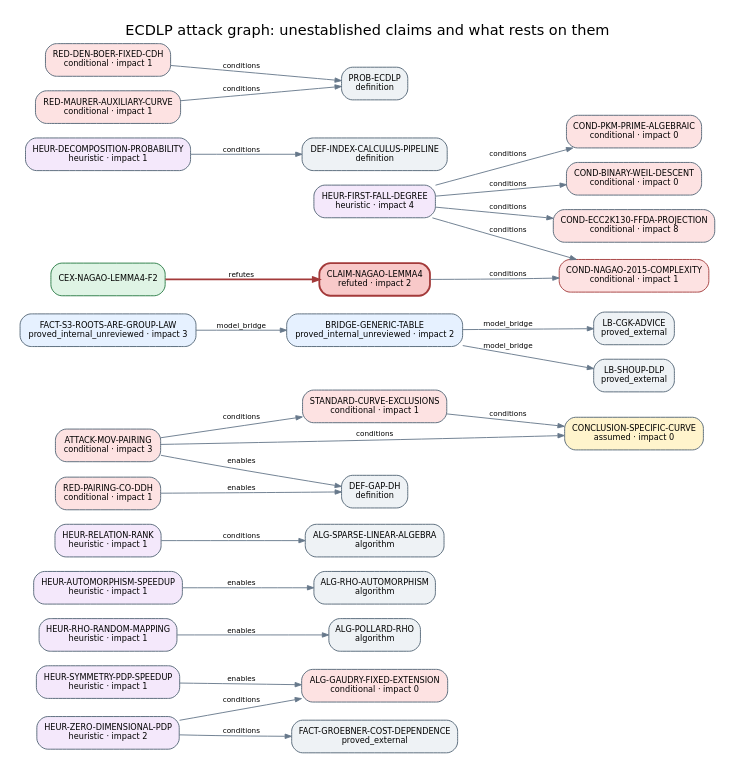
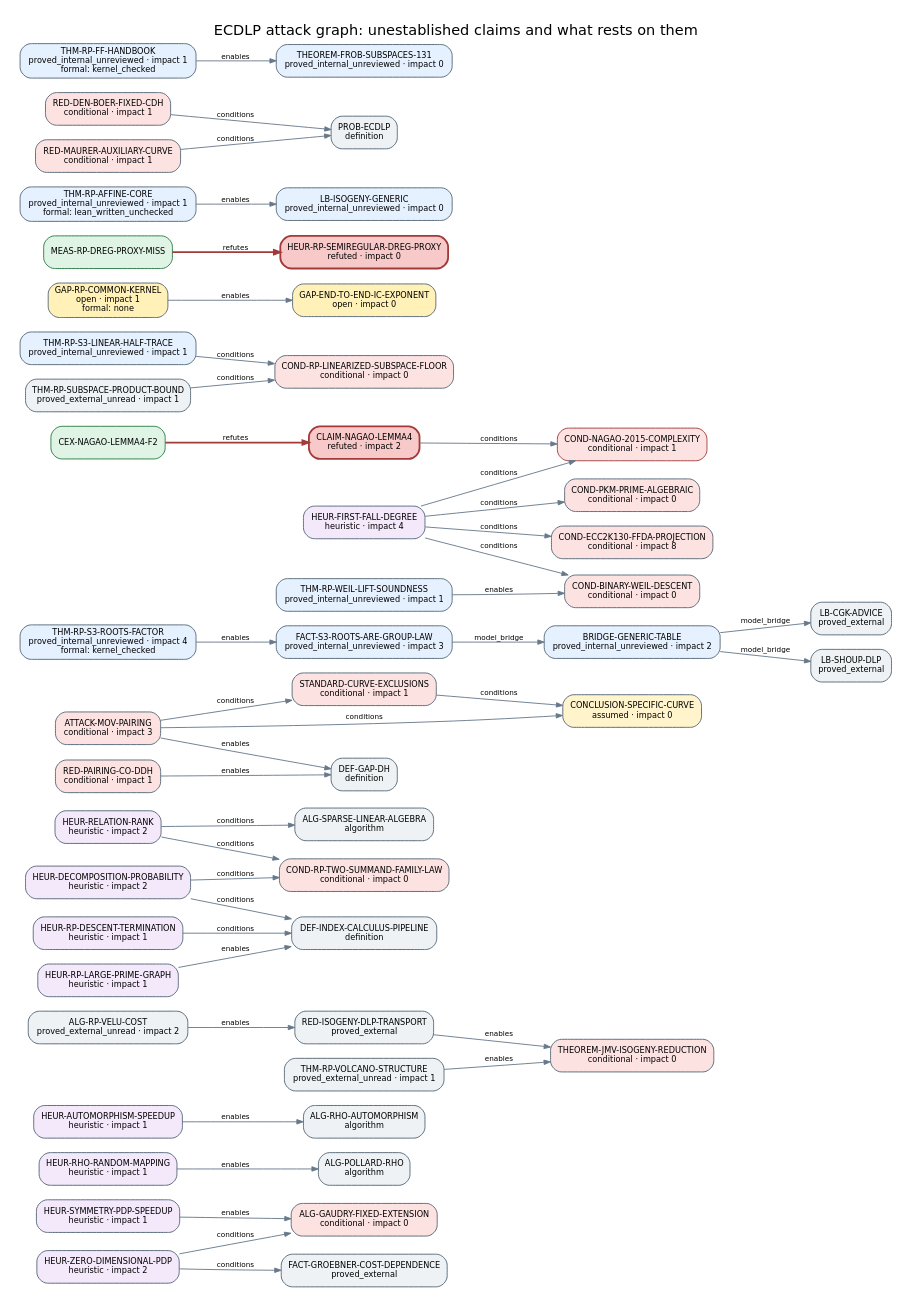
The diagram in docs/ecdlp-hardness-corpus/attack-graph.dot (isogeny-labs/crypto), drawn with Graphviz before and after one commit. The commit also changed 18 other files, not shown here.

```diff
--- a/docs/ecdlp-hardness-corpus/attack-graph.dot
+++ b/docs/ecdlp-hardness-corpus/attack-graph.dot
@@ -1,59 +1,94 @@
 digraph attack_graph {
   graph [rankdir=LR, bgcolor="white", pad=0.2, nodesep=0.22, ranksep=0.6, fontname="DejaVu Sans", fontsize=16, labelloc=t, label="ECDLP attack graph: unestablished claims and what rests on them"];
   node [shape=box, style="rounded,filled", fontname="DejaVu Sans", fontsize=9];
   edge [fontname="DejaVu Sans", fontsize=8, color="#66788a", arrowsize=0.7];
   "ALG-GAUDRY-FIXED-EXTENSION" [label="ALG-GAUDRY-FIXED-EXTENSION\nconditional · impact 0", fillcolor="#fde2e2", color="#526575"];
   "ALG-POLLARD-RHO" [label="ALG-POLLARD-RHO\nalgorithm", fillcolor="#eef2f5", color="#526575"];
   "ALG-RHO-AUTOMORPHISM" [label="ALG-RHO-AUTOMORPHISM\nalgorithm", fillcolor="#eef2f5", color="#526575"];
+  "ALG-RP-VELU-COST" [label="ALG-RP-VELU-COST\nproved_external_unread · impact 2", fillcolor="#eef2f5", color="#526575"];
   "ALG-SPARSE-LINEAR-ALGEBRA" [label="ALG-SPARSE-LINEAR-ALGEBRA\nalgorithm", fillcolor="#eef2f5", color="#526575"];
   "ATTACK-MOV-PAIRING" [label="ATTACK-MOV-PAIRING\nconditional · impact 3", fillcolor="#fde2e2", color="#526575"];
   "BRIDGE-GENERIC-TABLE" [label="BRIDGE-GENERIC-TABLE\nproved_internal_unreviewed · impact 2", fillcolor="#e6f1ff", color="#526575"];
   "CLAIM-NAGAO-LEMMA4" [label="CLAIM-NAGAO-LEMMA4\nrefuted · impact 2", fillcolor="#f8c9c9", color="#a33a3a", penwidth=2];
   "CONCLUSION-SPECIFIC-CURVE" [label="CONCLUSION-SPECIFIC-CURVE\nassumed · impact 0", fillcolor="#fff4cc", color="#526575"];
   "COND-BINARY-WEIL-DESCENT" [label="COND-BINARY-WEIL-DESCENT\nconditional · impact 0", fillcolor="#fde2e2", color="#526575"];
   "COND-ECC2K130-FFDA-PROJECTION" [label="COND-ECC2K130-FFDA-PROJECTION\nconditional · impact 8", fillcolor="#fde2e2", color="#526575"];
   "COND-NAGAO-2015-COMPLEXITY" [label="COND-NAGAO-2015-COMPLEXITY\nconditional · impact 1", fillcolor="#fde2e2", color="#a33a3a"];
   "COND-PKM-PRIME-ALGEBRAIC" [label="COND-PKM-PRIME-ALGEBRAIC\nconditional · impact 0", fillcolor="#fde2e2", color="#526575"];
+  "COND-RP-LINEARIZED-SUBSPACE-FLOOR" [label="COND-RP-LINEARIZED-SUBSPACE-FLOOR\nconditional · impact 0", fillcolor="#fde2e2", color="#526575"];
+  "COND-RP-TWO-SUMMAND-FAMILY-LAW" [label="COND-RP-TWO-SUMMAND-FAMILY-LAW\nconditional · impact 0", fillcolor="#fde2e2", color="#526575"];
   "DEF-GAP-DH" [label="DEF-GAP-DH\ndefinition", fillcolor="#eef2f5", color="#526575"];
   "DEF-INDEX-CALCULUS-PIPELINE" [label="DEF-INDEX-CALCULUS-PIPELINE\ndefinition", fillcolor="#eef2f5", color="#526575"];
   "FACT-GROEBNER-COST-DEPENDENCE" [label="FACT-GROEBNER-COST-DEPENDENCE\nproved_external", fillcolor="#eef2f5", color="#526575"];
   "FACT-S3-ROOTS-ARE-GROUP-LAW" [label="FACT-S3-ROOTS-ARE-GROUP-LAW\nproved_internal_unreviewed · impact 3", fillcolor="#e6f1ff", color="#526575"];
+  "GAP-END-TO-END-IC-EXPONENT" [label="GAP-END-TO-END-IC-EXPONENT\nopen · impact 0", fillcolor="#fff1b8", color="#526575"];
+  "GAP-RP-COMMON-KERNEL" [label="GAP-RP-COMMON-KERNEL\nopen · impact 1\nformal: none", fillcolor="#fff1b8", color="#526575"];
   "HEUR-AUTOMORPHISM-SPEEDUP" [label="HEUR-AUTOMORPHISM-SPEEDUP\nheuristic · impact 1", fillcolor="#f4e8fb", color="#526575"];
-  "HEUR-DECOMPOSITION-PROBABILITY" [label="HEUR-DECOMPOSITION-PROBABILITY\nheuristic · impact 1", fillcolor="#f4e8fb", color="#526575"];
+  "HEUR-DECOMPOSITION-PROBABILITY" [label="HEUR-DECOMPOSITION-PROBABILITY\nheuristic · impact 2", fillcolor="#f4e8fb", color="#526575"];
   "HEUR-FIRST-FALL-DEGREE" [label="HEUR-FIRST-FALL-DEGREE\nheuristic · impact 4", fillcolor="#f4e8fb", color="#526575"];
-  "HEUR-RELATION-RANK" [label="HEUR-RELATION-RANK\nheuristic · impact 1", fillcolor="#f4e8fb", color="#526575"];
+  "HEUR-RELATION-RANK" [label="HEUR-RELATION-RANK\nheuristic · impact 2", fillcolor="#f4e8fb", color="#526575"];
   "HEUR-RHO-RANDOM-MAPPING" [label="HEUR-RHO-RANDOM-MAPPING\nheuristic · impact 1", fillcolor="#f4e8fb", color="#526575"];
+  "HEUR-RP-DESCENT-TERMINATION" [label="HEUR-RP-DESCENT-TERMINATION\nheuristic · impact 1", fillcolor="#f4e8fb", color="#526575"];
+  "HEUR-RP-LARGE-PRIME-GRAPH" [label="HEUR-RP-LARGE-PRIME-GRAPH\nheuristic · impact 1", fillcolor="#f4e8fb", color="#526575"];
+  "HEUR-RP-SEMIREGULAR-DREG-PROXY" [label="HEUR-RP-SEMIREGULAR-DREG-PROXY\nrefuted · impact 0", fillcolor="#f8c9c9", color="#a33a3a", penwidth=2];
   "HEUR-SYMMETRY-PDP-SPEEDUP" [label="HEUR-SYMMETRY-PDP-SPEEDUP\nheuristic · impact 1", fillcolor="#f4e8fb", color="#526575"];
   "HEUR-ZERO-DIMENSIONAL-PDP" [label="HEUR-ZERO-DIMENSIONAL-PDP\nheuristic · impact 2", fillcolor="#f4e8fb", color="#526575"];
   "LB-CGK-ADVICE" [label="LB-CGK-ADVICE\nproved_external", fillcolor="#eef2f5", color="#526575"];
+  "LB-ISOGENY-GENERIC" [label="LB-ISOGENY-GENERIC\nproved_internal_unreviewed · impact 0", fillcolor="#e6f1ff", color="#526575"];
   "LB-SHOUP-DLP" [label="LB-SHOUP-DLP\nproved_external", fillcolor="#eef2f5", color="#526575"];
   "PROB-ECDLP" [label="PROB-ECDLP\ndefinition", fillcolor="#eef2f5", color="#526575"];
   "RED-DEN-BOER-FIXED-CDH" [label="RED-DEN-BOER-FIXED-CDH\nconditional · impact 1", fillcolor="#fde2e2", color="#526575"];
+  "RED-ISOGENY-DLP-TRANSPORT" [label="RED-ISOGENY-DLP-TRANSPORT\nproved_external", fillcolor="#eef2f5", color="#526575"];
   "RED-MAURER-AUXILIARY-CURVE" [label="RED-MAURER-AUXILIARY-CURVE\nconditional · impact 1", fillcolor="#fde2e2", color="#526575"];
   "RED-PAIRING-CO-DDH" [label="RED-PAIRING-CO-DDH\nconditional · impact 1", fillcolor="#fde2e2", color="#526575"];
   "STANDARD-CURVE-EXCLUSIONS" [label="STANDARD-CURVE-EXCLUSIONS\nconditional · impact 1", fillcolor="#fde2e2", color="#526575"];
+  "THEOREM-FROB-SUBSPACES-131" [label="THEOREM-FROB-SUBSPACES-131\nproved_internal_unreviewed · impact 0", fillcolor="#e6f1ff", color="#526575"];
+  "THEOREM-JMV-ISOGENY-REDUCTION" [label="THEOREM-JMV-ISOGENY-REDUCTION\nconditional · impact 0", fillcolor="#fde2e2", color="#526575"];
+  "THM-RP-AFFINE-CORE" [label="THM-RP-AFFINE-CORE\nproved_internal_unreviewed · impact 1\nformal: lean_written_unchecked", fillcolor="#e6f1ff", color="#526575"];
+  "THM-RP-FF-HANDBOOK" [label="THM-RP-FF-HANDBOOK\nproved_internal_unreviewed · impact 1\nformal: kernel_checked", fillcolor="#e6f1ff", color="#526575"];
+  "THM-RP-S3-LINEAR-HALF-TRACE" [label="THM-RP-S3-LINEAR-HALF-TRACE\nproved_internal_unreviewed · impact 1", fillcolor="#e6f1ff", color="#526575"];
+  "THM-RP-S3-ROOTS-FACTOR" [label="THM-RP-S3-ROOTS-FACTOR\nproved_internal_unreviewed · impact 4\nformal: kernel_checked", fillcolor="#e6f1ff", color="#526575"];
+  "THM-RP-SUBSPACE-PRODUCT-BOUND" [label="THM-RP-SUBSPACE-PRODUCT-BOUND\nproved_external_unread · impact 1", fillcolor="#eef2f5", color="#526575"];
+  "THM-RP-VOLCANO-STRUCTURE" [label="THM-RP-VOLCANO-STRUCTURE\nproved_external_unread · impact 1", fillcolor="#eef2f5", color="#526575"];
+  "THM-RP-WEIL-LIFT-SOUNDNESS" [label="THM-RP-WEIL-LIFT-SOUNDNESS\nproved_internal_unreviewed · impact 1", fillcolor="#e6f1ff", color="#526575"];
   "BRIDGE-GENERIC-TABLE" -> "LB-SHOUP-DLP" [label="model_bridge"];
   "BRIDGE-GENERIC-TABLE" -> "LB-CGK-ADVICE" [label="model_bridge"];
   "ATTACK-MOV-PAIRING" -> "CONCLUSION-SPECIFIC-CURVE" [label="conditions"];
   "STANDARD-CURVE-EXCLUSIONS" -> "CONCLUSION-SPECIFIC-CURVE" [label="conditions"];
   "ATTACK-MOV-PAIRING" -> "STANDARD-CURVE-EXCLUSIONS" [label="conditions"];
   "HEUR-RHO-RANDOM-MAPPING" -> "ALG-POLLARD-RHO" [label="enables"];
   "HEUR-AUTOMORPHISM-SPEEDUP" -> "ALG-RHO-AUTOMORPHISM" [label="enables"];
   "HEUR-ZERO-DIMENSIONAL-PDP" -> "FACT-GROEBNER-COST-DEPENDENCE" [label="conditions"];
   "HEUR-RELATION-RANK" -> "ALG-SPARSE-LINEAR-ALGEBRA" [label="conditions"];
   "HEUR-DECOMPOSITION-PROBABILITY" -> "DEF-INDEX-CALCULUS-PIPELINE" [label="conditions"];
   "HEUR-ZERO-DIMENSIONAL-PDP" -> "ALG-GAUDRY-FIXED-EXTENSION" [label="conditions"];
   "HEUR-SYMMETRY-PDP-SPEEDUP" -> "ALG-GAUDRY-FIXED-EXTENSION" [label="enables"];
   "HEUR-FIRST-FALL-DEGREE" -> "COND-PKM-PRIME-ALGEBRAIC" [label="conditions"];
   "HEUR-FIRST-FALL-DEGREE" -> "COND-BINARY-WEIL-DESCENT" [label="conditions"];
   "FACT-S3-ROOTS-ARE-GROUP-LAW" -> "BRIDGE-GENERIC-TABLE" [label="model_bridge"];
   "ATTACK-MOV-PAIRING" -> "DEF-GAP-DH" [label="enables"];
   "RED-DEN-BOER-FIXED-CDH" -> "PROB-ECDLP" [label="conditions"];
   "RED-MAURER-AUXILIARY-CURVE" -> "PROB-ECDLP" [label="conditions"];
+  "RED-ISOGENY-DLP-TRANSPORT" -> "THEOREM-JMV-ISOGENY-REDUCTION" [label="enables"];
   "RED-PAIRING-CO-DDH" -> "DEF-GAP-DH" [label="enables"];
   "CEX-NAGAO-LEMMA4-F2" [fillcolor="#dff4e5", color="#257942"];
   "CEX-NAGAO-LEMMA4-F2" -> "CLAIM-NAGAO-LEMMA4" [label="refutes", color="#a33a3a", penwidth=2];
   "CLAIM-NAGAO-LEMMA4" -> "COND-NAGAO-2015-COMPLEXITY" [label="conditions"];
   "HEUR-FIRST-FALL-DEGREE" -> "COND-NAGAO-2015-COMPLEXITY" [label="conditions"];
   "HEUR-FIRST-FALL-DEGREE" -> "COND-ECC2K130-FFDA-PROJECTION" [label="conditions"];
+  "THM-RP-S3-ROOTS-FACTOR" -> "FACT-S3-ROOTS-ARE-GROUP-LAW" [label="enables"];
+  "THM-RP-AFFINE-CORE" -> "LB-ISOGENY-GENERIC" [label="enables"];
+  "GAP-RP-COMMON-KERNEL" -> "GAP-END-TO-END-IC-EXPONENT" [label="enables"];
+  "THM-RP-FF-HANDBOOK" -> "THEOREM-FROB-SUBSPACES-131" [label="enables"];
+  "HEUR-DECOMPOSITION-PROBABILITY" -> "COND-RP-TWO-SUMMAND-FAMILY-LAW" [label="conditions"];
+  "HEUR-RELATION-RANK" -> "COND-RP-TWO-SUMMAND-FAMILY-LAW" [label="conditions"];
+  "MEAS-RP-DREG-PROXY-MISS" [fillcolor="#dff4e5", color="#257942"];
+  "MEAS-RP-DREG-PROXY-MISS" -> "HEUR-RP-SEMIREGULAR-DREG-PROXY" [label="refutes", color="#a33a3a", penwidth=2];
+  "THM-RP-SUBSPACE-PRODUCT-BOUND" -> "COND-RP-LINEARIZED-SUBSPACE-FLOOR" [label="conditions"];
+  "THM-RP-S3-LINEAR-HALF-TRACE" -> "COND-RP-LINEARIZED-SUBSPACE-FLOOR" [label="conditions"];
+  "THM-RP-WEIL-LIFT-SOUNDNESS" -> "COND-BINARY-WEIL-DESCENT" [label="enables"];
+  "HEUR-RP-LARGE-PRIME-GRAPH" -> "DEF-INDEX-CALCULUS-PIPELINE" [label="enables"];
+  "HEUR-RP-DESCENT-TERMINATION" -> "DEF-INDEX-CALCULUS-PIPELINE" [label="conditions"];
+  "THM-RP-VOLCANO-STRUCTURE" -> "THEOREM-JMV-ISOGENY-REDUCTION" [label="enables"];
+  "ALG-RP-VELU-COST" -> "RED-ISOGENY-DLP-TRANSPORT" [label="enables"];
 }
```
